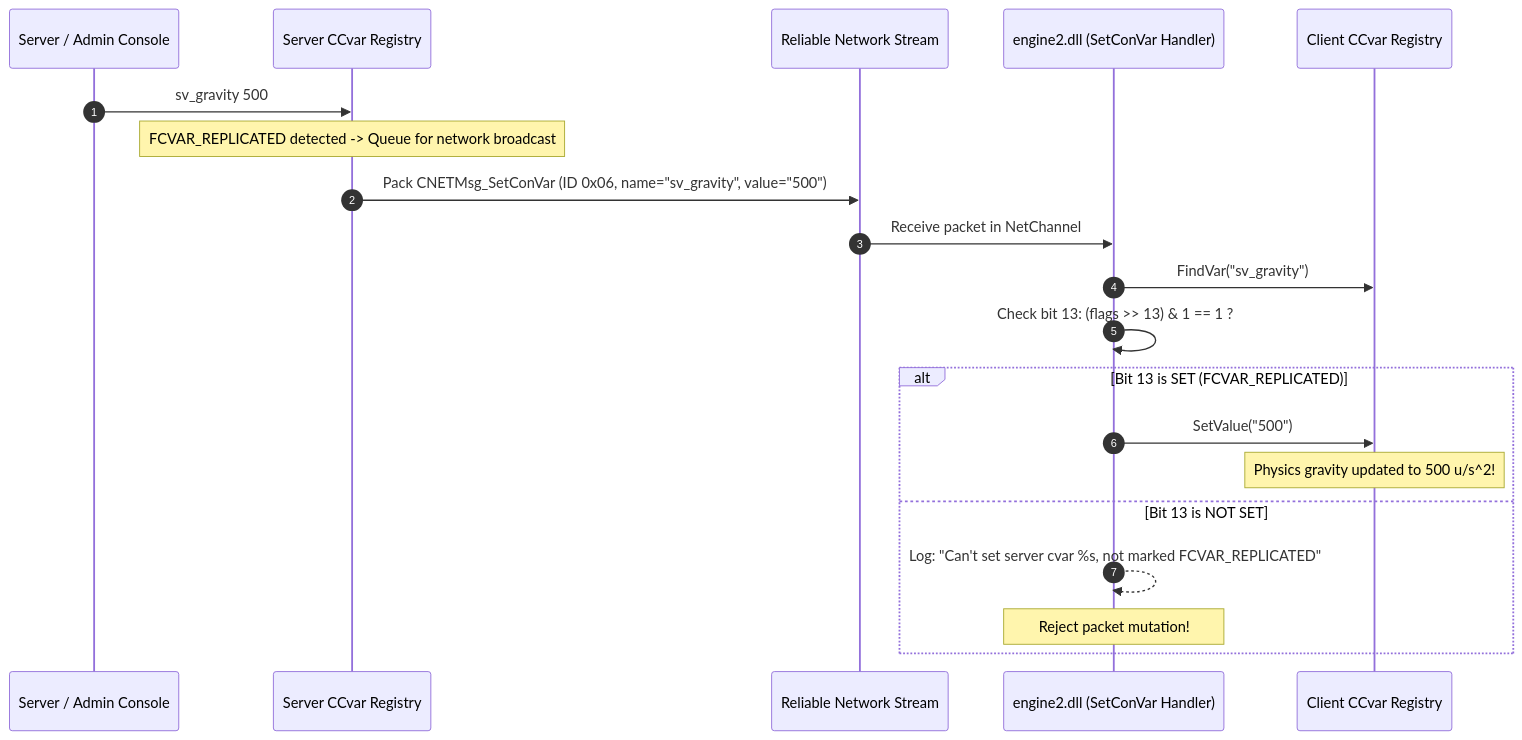
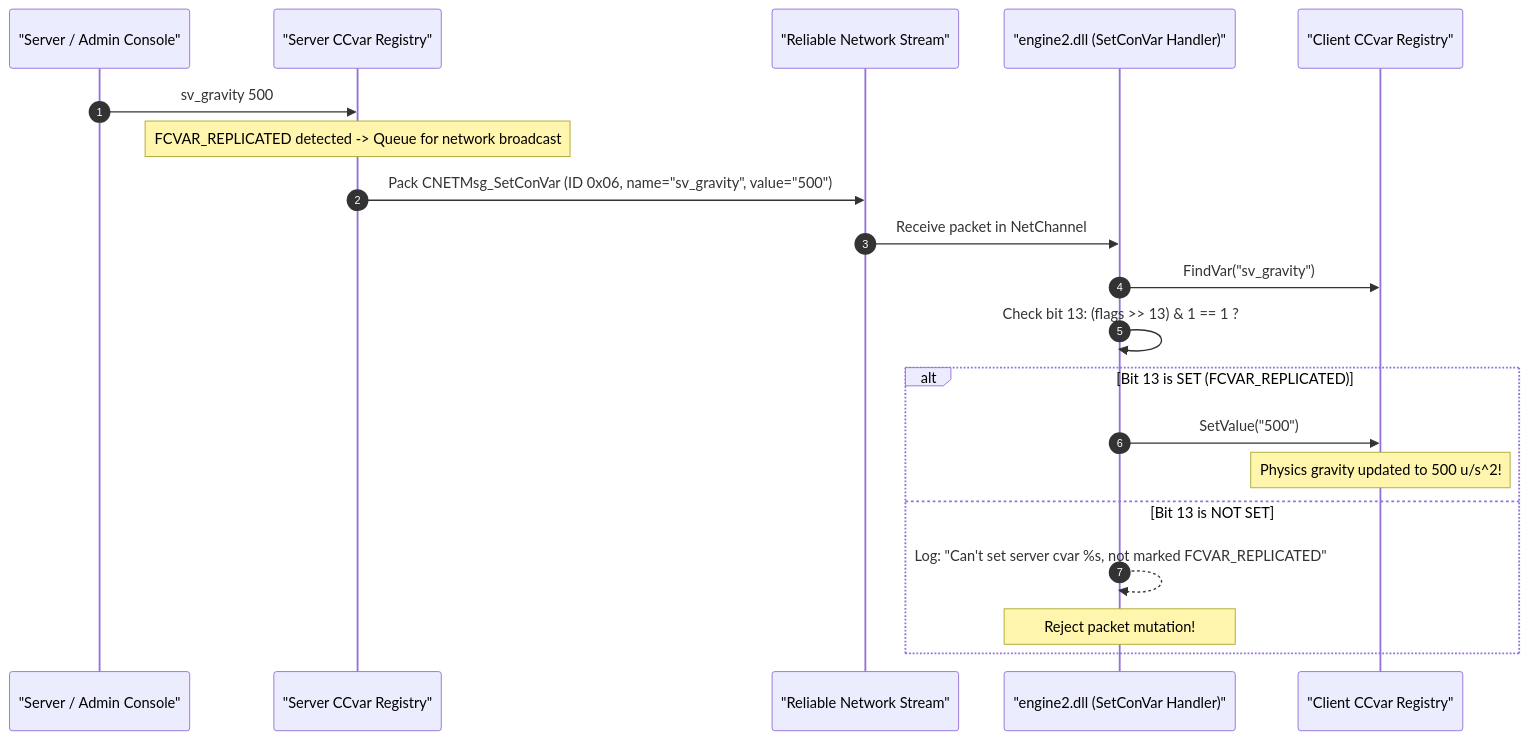
One commit to Hanzkii/cs2-reverse changed the second of 2 diagrams in docs/06_convar_storage_and_replication.md. Above: the diagram before and after it, drawn with Mermaid. The commit also changed 17 other files, not shown here.

Commit message:
fix(docs): quote Mermaid sequence diagram participant labels across all documentation

````diff
--- a/docs/06_convar_storage_and_replication.md
+++ b/docs/06_convar_storage_and_replication.md
@@ -99,23 +99,23 @@
 ```mermaid
 sequenceDiagram
     autonumber
-    participant ServerAdmin as Server / Admin Console
-    participant ServerCVar as Server CCvar Registry
-    participant Wire as Reliable Network Stream
-    participant ClientNet as engine2.dll (SetConVar Handler)
-    participant ClientCVar as Client CCvar Registry
+    participant ServerAdmin as "Server / Admin Console"
+    participant ServerCVar as "Server CCvar Registry"
+    participant Wire as "Reliable Network Stream"
+    participant ClientNet as "engine2.dll (SetConVar Handler)"
+    participant ClientCVar as "Client CCvar Registry"
 
     ServerAdmin->>ServerCVar: sv_gravity 500
     Note over ServerCVar: FCVAR_REPLICATED detected -> Queue for network broadcast
     ServerCVar->>Wire: Pack CNETMsg_SetConVar (ID 0x06, name="sv_gravity", value="500")
     Wire->>ClientNet: Receive packet in NetChannel
     ClientNet->>ClientCVar: FindVar("sv_gravity")
     ClientNet->>ClientNet: Check bit 13: (flags >> 13) & 1 == 1 ?
     alt Bit 13 is SET (FCVAR_REPLICATED)
         ClientNet->>ClientCVar: SetValue("500")
         Note over ClientCVar: Physics gravity updated to 500 u/s^2!
     else Bit 13 is NOT SET
         ClientNet-->>ClientNet: Log: "Can't set server cvar %s, not marked FCVAR_REPLICATED"
         Note over ClientNet: Reject packet mutation!
     end
 ```
````
